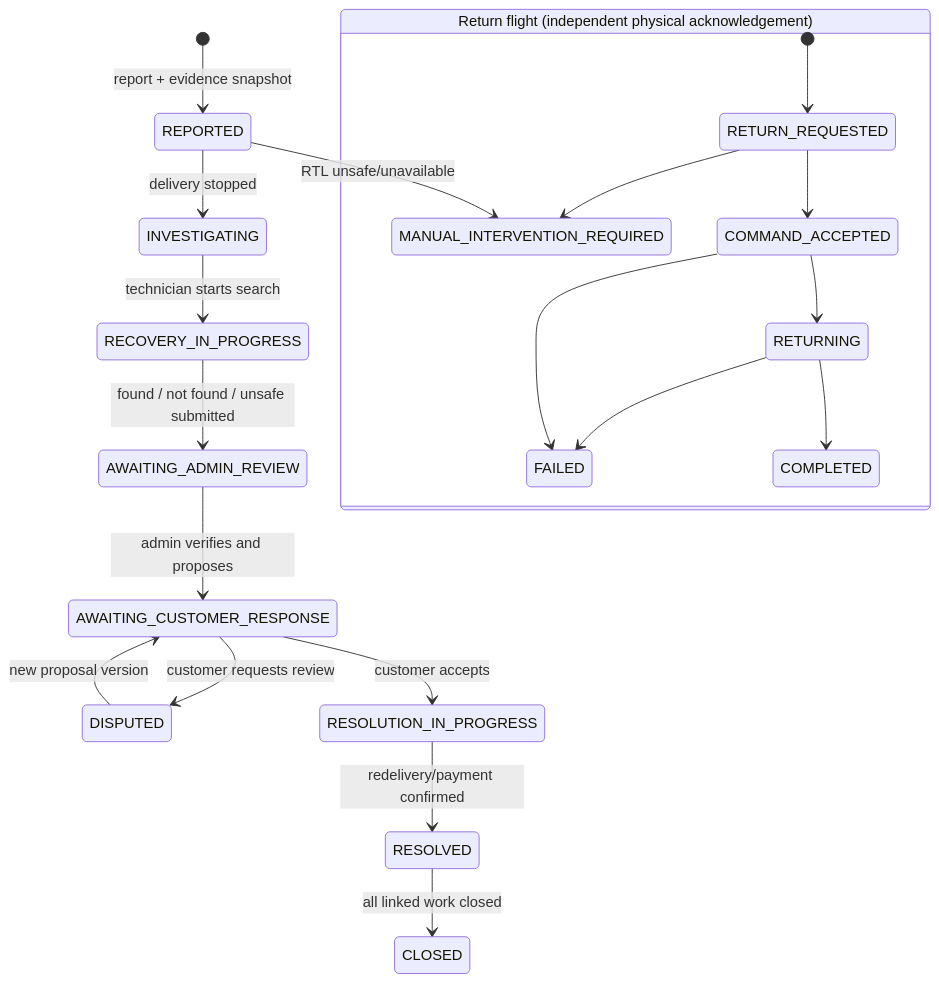
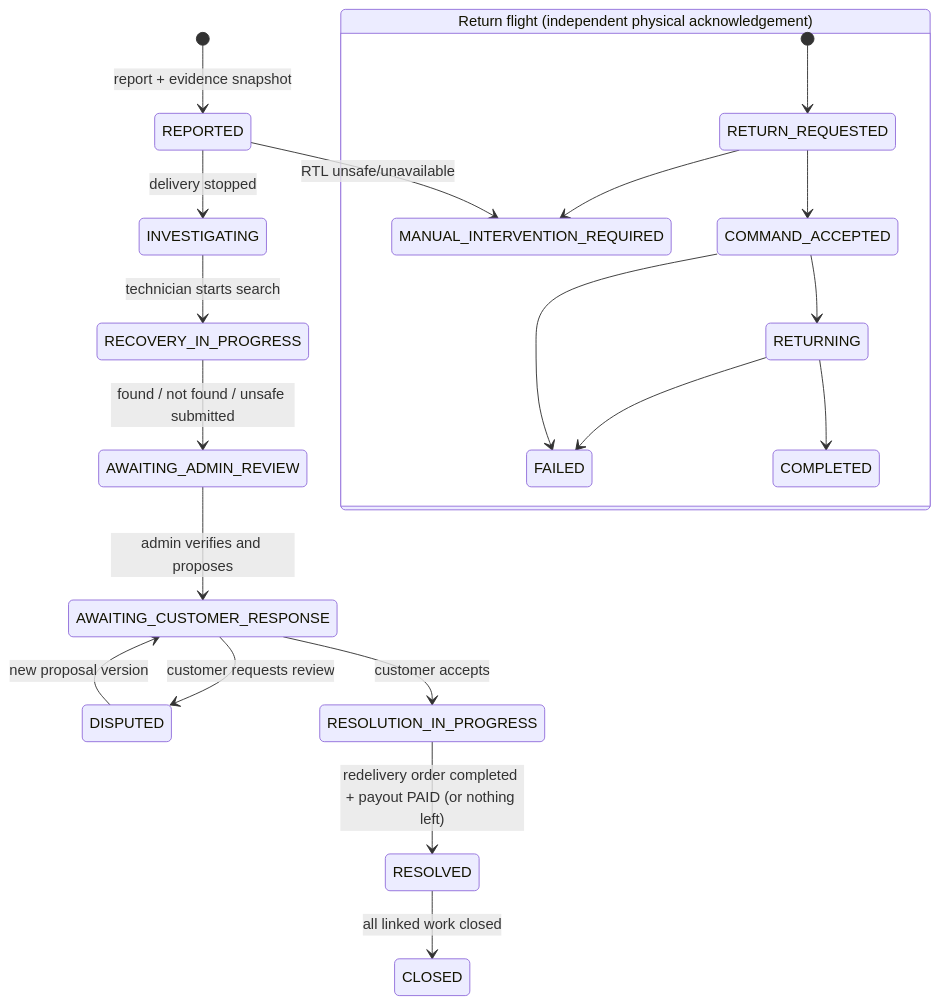
One commit to LockR-Tech/docs changed the diagram in diagrams/src/drone-parcel-incident.mmd. Above: the diagram before and after it, drawn with Mermaid. The commit also changed 6 other files, not shown here.

Commit message:
docs: update architecture and incident documentation; fix test issues for drone delivery flow

```diff
--- a/diagrams/src/drone-parcel-incident.mmd
+++ b/diagrams/src/drone-parcel-incident.mmd
@@ -1,29 +1,30 @@
 %% @title Sự cố rơi kiện Drone
-%% @subtitle Nguồn: order-service/DroneParcelIncidentService · triển khai local 2026-10-10
+%% @subtitle Nguồn: order-service/DroneParcelIncidentService · cập nhật 2026-10-29
 %% @orientation portrait
 %% @legend <span class="sw ok"></span>Transition đã validate ở backend
 %% @legend <span class="sw gap"></span>Tích hợp vật lý/payment còn cần adapter thật
 %% @note Return flight là state machine độc lập: gọi API không được coi là drone đã về Hub.
-%% @note Compensation accepted giữ PAYMENT_PENDING tới khi payment adapter xác nhận thành công.
+%% @note Chi bồi thường: phiếu RF-CMP ở PROCESSING; admin duyệt / từ chối phiếu ⇒ payment-service báo PAID / PAYMENT_FAILED.
+%% @note RESOLVED tự động khi không còn giao lại hay chi trả dở — kể cả thoả thuận riêng không có việc qua hệ thống.
 stateDiagram-v2
     [*] --> REPORTED: report + evidence snapshot
     REPORTED --> INVESTIGATING: delivery stopped
     REPORTED --> MANUAL_INTERVENTION_REQUIRED: RTL unsafe/unavailable
     INVESTIGATING --> RECOVERY_IN_PROGRESS: technician starts search
     RECOVERY_IN_PROGRESS --> AWAITING_ADMIN_REVIEW: found / not found / unsafe submitted
     AWAITING_ADMIN_REVIEW --> AWAITING_CUSTOMER_RESPONSE: admin verifies and proposes
     AWAITING_CUSTOMER_RESPONSE --> RESOLUTION_IN_PROGRESS: customer accepts
     AWAITING_CUSTOMER_RESPONSE --> DISPUTED: customer requests review
     DISPUTED --> AWAITING_CUSTOMER_RESPONSE: new proposal version
-    RESOLUTION_IN_PROGRESS --> RESOLVED: redelivery/payment confirmed
+    RESOLUTION_IN_PROGRESS --> RESOLVED: redelivery order completed + payout PAID (or nothing left)
     RESOLVED --> CLOSED: all linked work closed
 
     state "Return flight (independent physical acknowledgement)" as ReturnFlight {
         [*] --> RETURN_REQUESTED
         RETURN_REQUESTED --> COMMAND_ACCEPTED
         COMMAND_ACCEPTED --> RETURNING
         RETURNING --> COMPLETED
         RETURN_REQUESTED --> MANUAL_INTERVENTION_REQUIRED
         COMMAND_ACCEPTED --> FAILED
         RETURNING --> FAILED
     }
```
